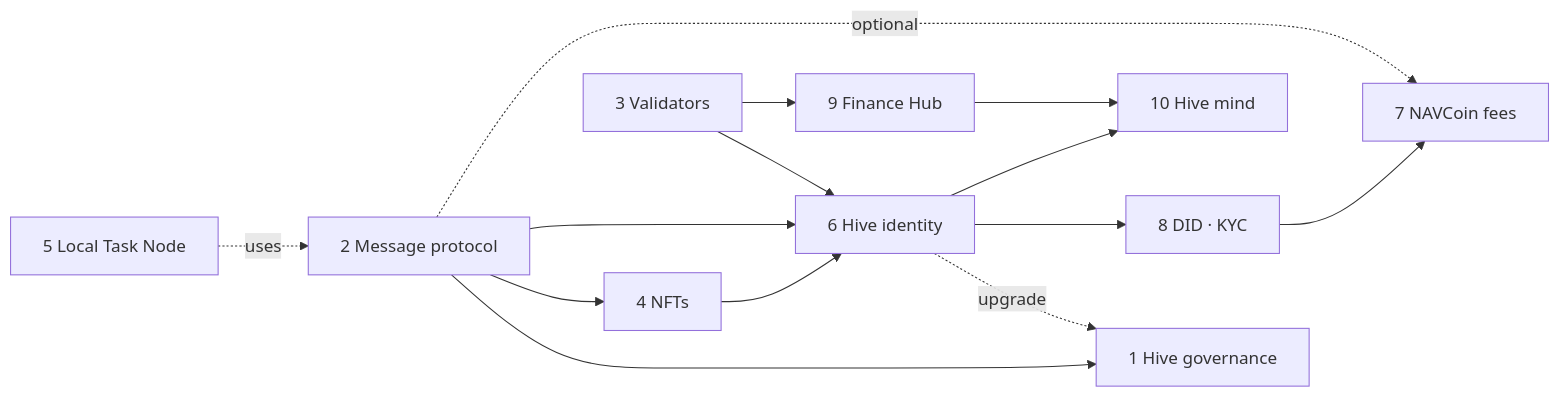
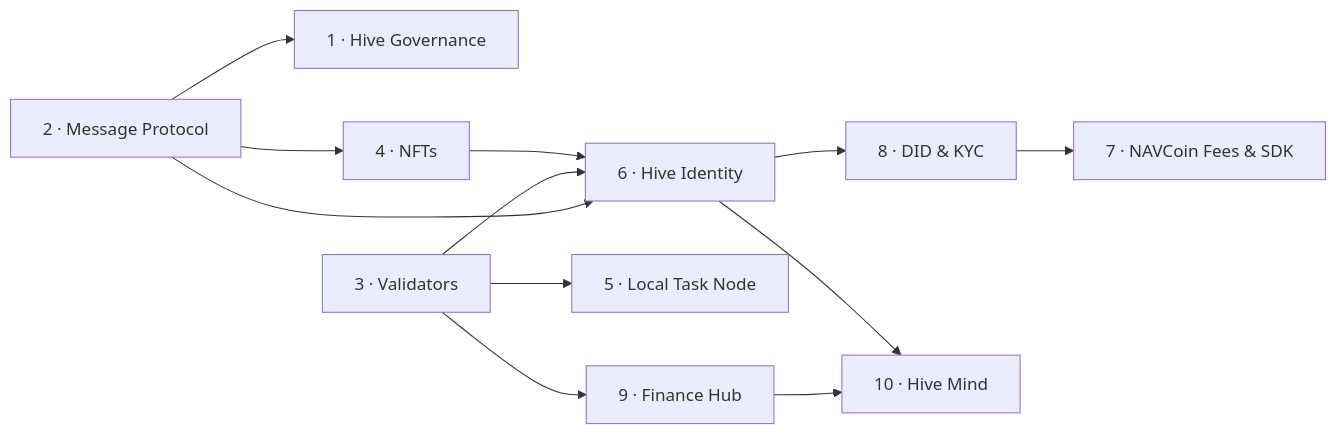
One commit to postfiatorg/postfiatl1v2 changed the second of 2 diagrams in big_milestone/README.md. Above: the diagram before and after it, drawn with Mermaid. The commit also changed other lines of this file and 45 other files, not shown here.

````diff
--- a/big_milestone/README.md
+++ b/big_milestone/README.md
@@ -131,16 +152,14 @@
 ```mermaid
 flowchart LR
-    P2[2 Message protocol] --> P1[1 Hive governance]
-    P2 --> P4[4 NFTs]
-    P2 --> P6[6 Hive identity]
-    P2 -.optional.-> P7[7 NAVCoin fees]
-    P6 -.upgrade.-> P1
-    P6 --> P8[8 DID · KYC]
-    P3[3 Validators] --> P6
-    P3 --> P9[9 Finance Hub]
+    P2[2 · Message Protocol] --> P1[1 · Hive Governance]
+    P2 --> P4[4 · NFTs]
+    P2 --> P6[6 · Hive Identity]
+    P3[3 · Validators] --> P5[5 · Local Task Node]
+    P3 --> P6
+    P3 --> P9[9 · Finance Hub]
     P4 --> P6
-    P8 --> P7
-    P9 --> P10[10 Hive mind]
+    P6 --> P8[8 · DID & KYC]
+    P8 --> P7[7 · NAVCoin Fees & SDK]
+    P9 --> P10[10 · Hive Mind]
     P6 --> P10
-    P5[5 Local Task Node] -.uses.-> P2
 ```
````
